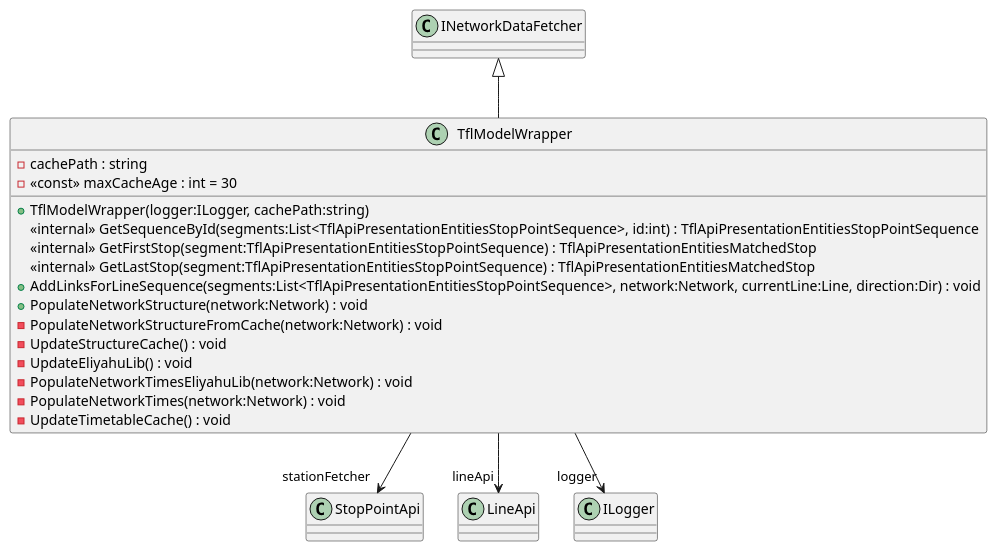
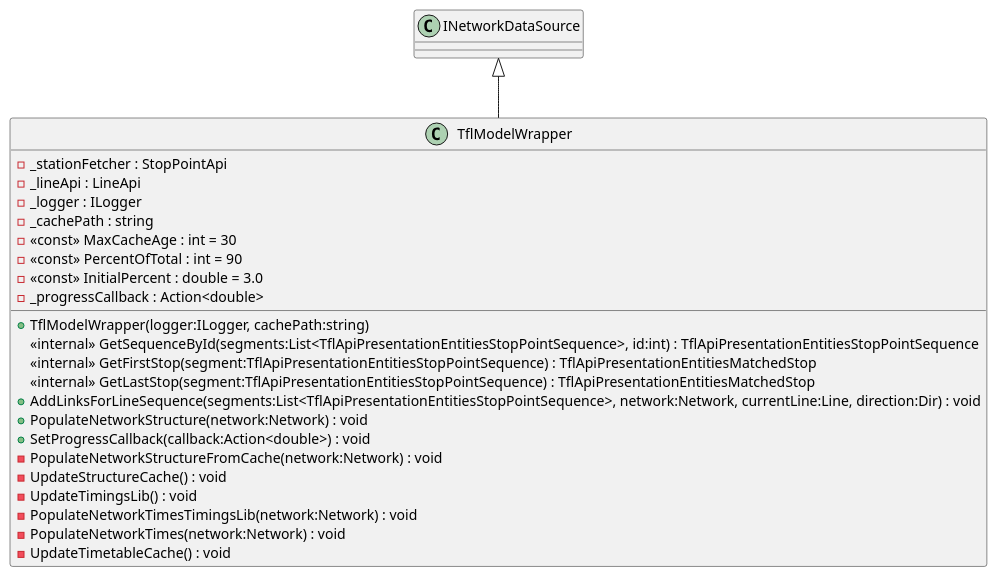
One commit to Liftyee/london-tube-navigator changed the diagram in TubeChallengeRouter/puml/DataFetcher/TflModelWrapper.puml. Above: the diagram before and after it, drawn with PlantUML. The commit also changed 26 other files, not shown here.

```diff
--- a/TubeChallengeRouter/puml/DataFetcher/TflModelWrapper.puml
+++ b/TubeChallengeRouter/puml/DataFetcher/TflModelWrapper.puml
@@ -1,22 +1,26 @@
 @startuml
 class TflModelWrapper {
-    - cachePath : string
-    - <<const>> maxCacheAge : int = 30
+    - _stationFetcher : StopPointApi
+    - _lineApi : LineApi
+    - _logger : ILogger
+    - _cachePath : string
+    - <<const>> MaxCacheAge : int = 30
+    - <<const>> PercentOfTotal : int = 90
+    - <<const>> InitialPercent : double = 3.0
+    - _progressCallback : Action<double>
     + TflModelWrapper(logger:ILogger, cachePath:string)
     <<internal>> GetSequenceById(segments:List<TflApiPresentationEntitiesStopPointSequence>, id:int) : TflApiPresentationEntitiesStopPointSequence
     <<internal>> GetFirstStop(segment:TflApiPresentationEntitiesStopPointSequence) : TflApiPresentationEntitiesMatchedStop
     <<internal>> GetLastStop(segment:TflApiPresentationEntitiesStopPointSequence) : TflApiPresentationEntitiesMatchedStop
     + AddLinksForLineSequence(segments:List<TflApiPresentationEntitiesStopPointSequence>, network:Network, currentLine:Line, direction:Dir) : void
     + PopulateNetworkStructure(network:Network) : void
+    + SetProgressCallback(callback:Action<double>) : void
     - PopulateNetworkStructureFromCache(network:Network) : void
     - UpdateStructureCache() : void
-    - UpdateEliyahuLib() : void
-    - PopulateNetworkTimesEliyahuLib(network:Network) : void
+    - UpdateTimingsLib() : void
+    - PopulateNetworkTimesTimingsLib(network:Network) : void
     - PopulateNetworkTimes(network:Network) : void
     - UpdateTimetableCache() : void
 }
-INetworkDataFetcher <|-- TflModelWrapper
-TflModelWrapper --> "stationFetcher" StopPointApi
-TflModelWrapper --> "lineApi" LineApi
-TflModelWrapper --> "logger" ILogger
+INetworkDataSource <|-- TflModelWrapper
 @enduml
```
